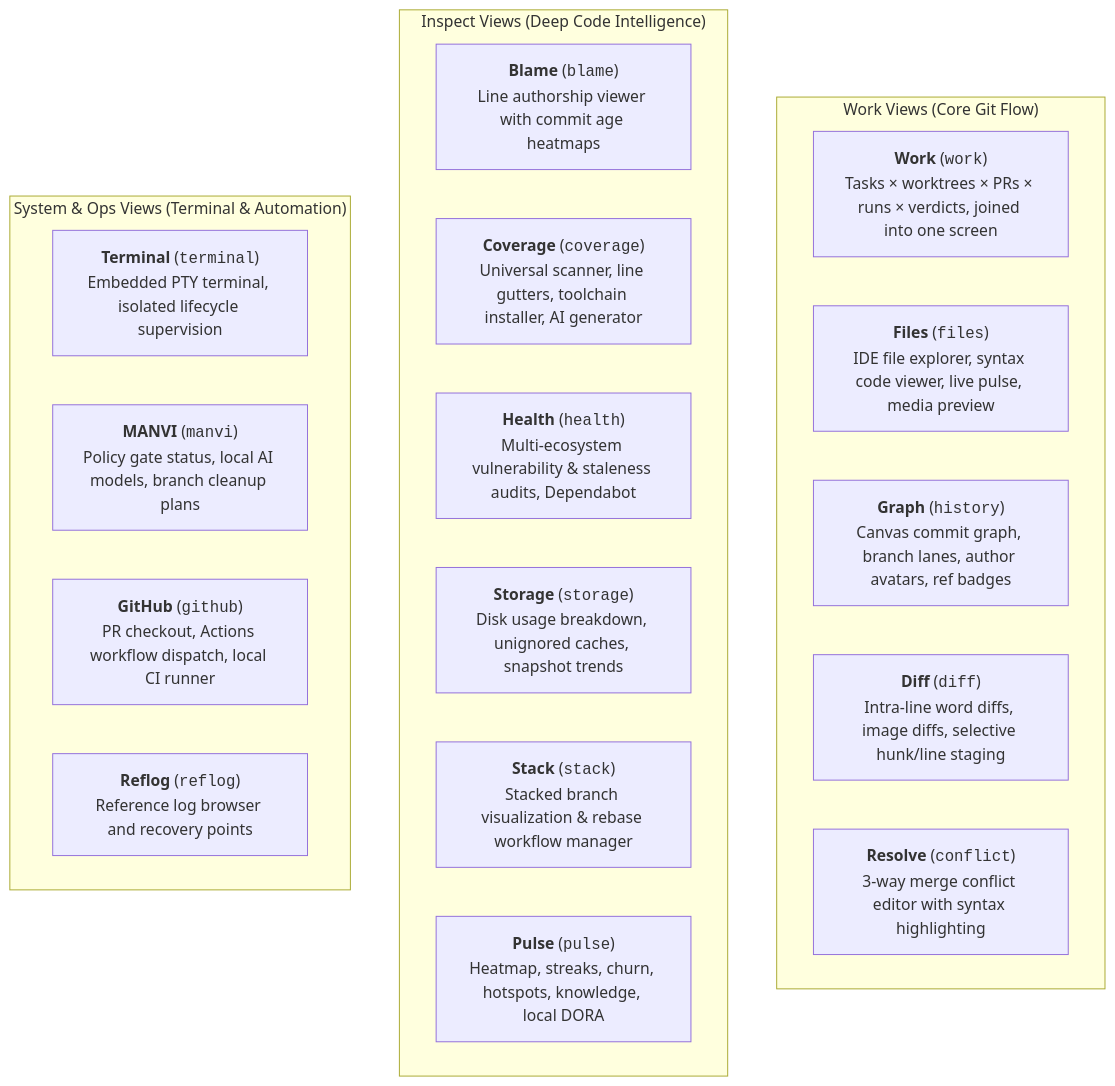
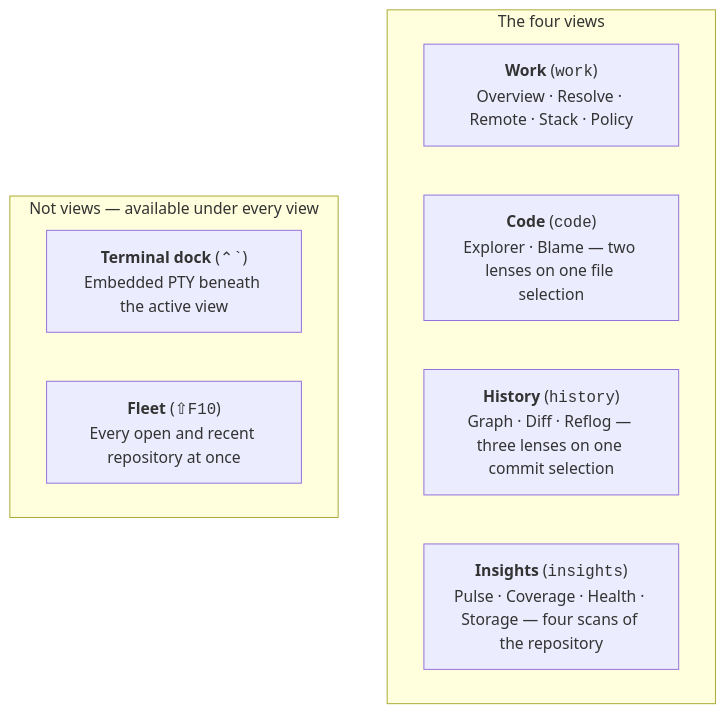
The first of 2 diagrams in docs/FEATURES.md (bharathvbcr/GitPulse), drawn with Mermaid before and after one commit. The commit also changed other lines of this file and 199 other files, not shown here.

Commit message:
feat(ia): consolidate fifteen views to four with docked terminal and status language segment

````diff
--- a/docs/FEATURES.md
+++ b/docs/FEATURES.md
@@ -5,26 +5,14 @@
 ```mermaid
 flowchart TD
-    subgraph WorkGroup["Work Views (Core Git Flow)"]
-        Work["<b>Work</b> (<code>work</code>)<br/>Tasks × worktrees × PRs × runs × verdicts, joined into one screen"]
-        Files["<b>Files</b> (<code>files</code>)<br/>IDE file explorer, syntax code viewer, live pulse, media preview"]
-        History["<b>Graph</b> (<code>history</code>)<br/>Canvas commit graph, branch lanes, author avatars, ref badges"]
-        Diff["<b>Diff</b> (<code>diff</code>)<br/>Intra-line word diffs, image diffs, selective hunk/line staging"]
-        Conflict["<b>Resolve</b> (<code>conflict</code>)<br/>3-way merge conflict editor with syntax highlighting"]
+    subgraph ViewGroup["The four views"]
+        Work["<b>Work</b> (<code>work</code>)<br/>Overview · Resolve · Remote · Stack · Policy"]
+        Code["<b>Code</b> (<code>code</code>)<br/>Explorer · Blame — two lenses on one file selection"]
+        History["<b>History</b> (<code>history</code>)<br/>Graph · Diff · Reflog — three lenses on one commit selection"]
+        Insights["<b>Insights</b> (<code>insights</code>)<br/>Pulse · Coverage · Health · Storage — four scans of the repository"]
     end
 
-    subgraph InspectGroup["Inspect Views (Deep Code Intelligence)"]
-        Blame["<b>Blame</b> (<code>blame</code>)<br/>Line authorship viewer with commit age heatmaps"]
-        Coverage["<b>Coverage</b> (<code>coverage</code>)<br/>Universal scanner, line gutters, toolchain installer, AI generator"]
-        Health["<b>Health</b> (<code>health</code>)<br/>Multi-ecosystem vulnerability & staleness audits, Dependabot"]
-        Storage["<b>Storage</b> (<code>storage</code>)<br/>Disk usage breakdown, unignored caches, snapshot trends"]
-        Stack["<b>Stack</b> (<code>stack</code>)<br/>Stacked branch visualization & rebase workflow manager"]
-        Pulse["<b>Pulse</b> (<code>pulse</code>)<br/>Heatmap, streaks, churn, hotspots, knowledge, local DORA"]
-    end
-
-    subgraph SystemGroup["System & Ops Views (Terminal & Automation)"]
-        Terminal["<b>Terminal</b> (<code>terminal</code>)<br/>Embedded PTY terminal, isolated lifecycle supervision"]
-        MANVI["<b>MANVI</b> (<code>manvi</code>)<br/>Policy gate status, local AI models, branch cleanup plans"]
-        GitHub["<b>GitHub</b> (<code>github</code>)<br/>PR checkout, Actions workflow dispatch, local CI runner"]
-        Reflog["<b>Reflog</b> (<code>reflog</code>)<br/>Reference log browser and recovery points"]
+    subgraph NotViews["Not views — available under every view"]
+        Terminal["<b>Terminal dock</b> (<code>⌃`</code>)<br/>Embedded PTY beneath the active view"]
+        Fleet["<b>Fleet</b> (<code>⇧F10</code>)<br/>Every open and recent repository at once"]
     end
 ```
````
